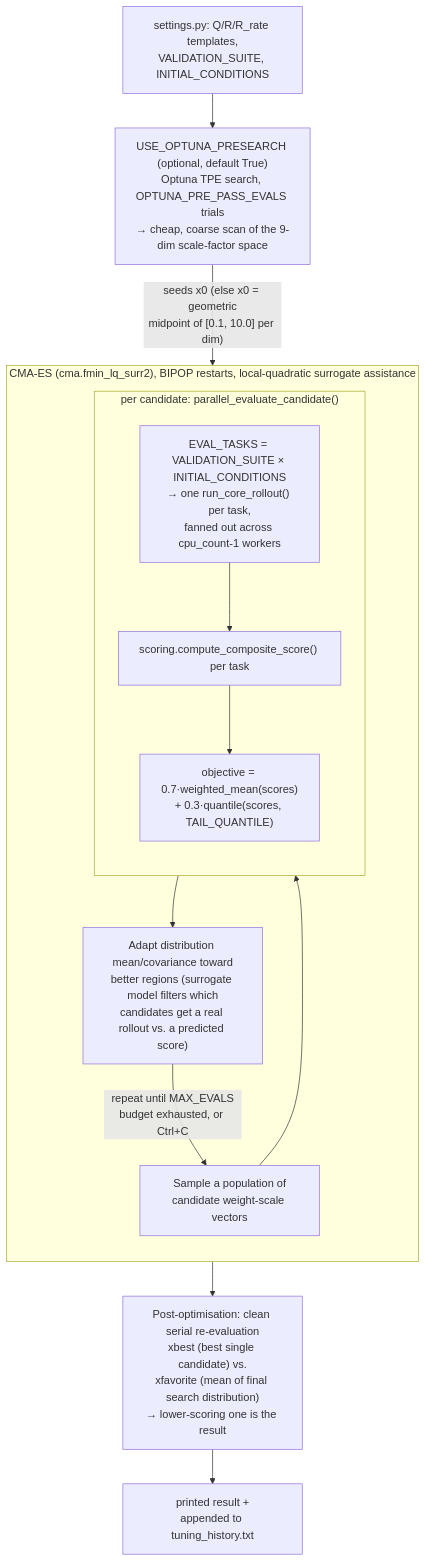
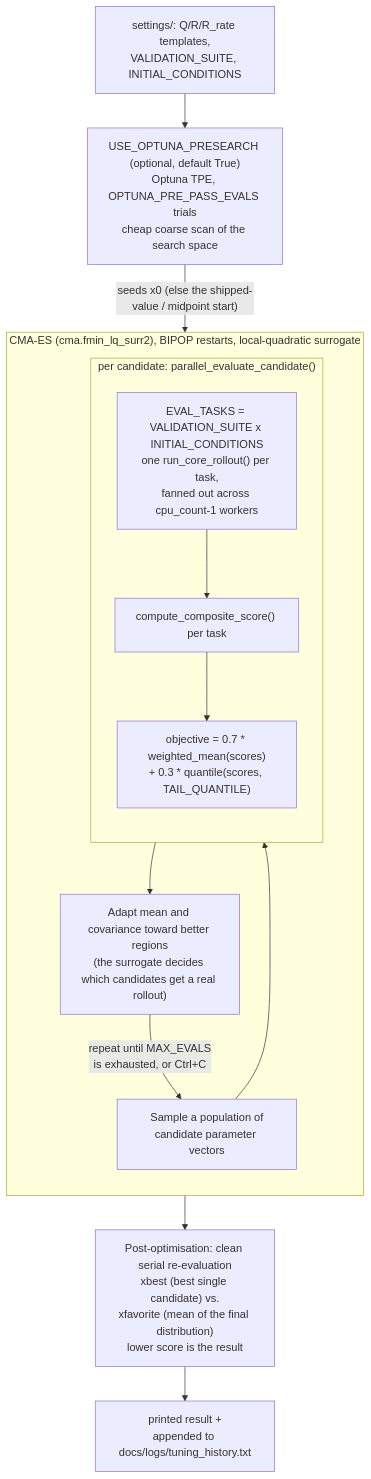
The third of 3 diagrams in docs/reference/architecture.md (Martin-Jin/fsae_MPCTest), drawn with Mermaid before and after one commit. The commit also changed other lines of this file and 30 other files, not shown here.

````diff
--- a/docs/reference/architecture.md
+++ b/docs/reference/architecture.md
@@ -232,26 +178,26 @@
 ```mermaid
 flowchart TD
-    SETTINGS["settings.py: Q/R/R_rate templates,<br/>VALIDATION_SUITE, INITIAL_CONDITIONS"]
-    OPTUNA["USE_OPTUNA_PRESEARCH (optional, default True)<br/>Optuna TPE search, OPTUNA_PRE_PASS_EVALS trials<br/>&rarr; cheap, coarse scan of the 9-dim scale-factor space"]
+    SETTINGS["settings/: Q/R/R_rate templates,<br/>VALIDATION_SUITE, INITIAL_CONDITIONS"]
+    OPTUNA["USE_OPTUNA_PRESEARCH (optional, default True)<br/>Optuna TPE, OPTUNA_PRE_PASS_EVALS trials<br/>cheap coarse scan of the search space"]
     SETTINGS --> OPTUNA
 
-    subgraph CMAES["CMA-ES (cma.fmin_lq_surr2), BIPOP restarts, local-quadratic surrogate assistance"]
+    subgraph CMAES["CMA-ES (cma.fmin_lq_surr2), BIPOP restarts, local-quadratic surrogate"]
         direction TD
-        SAMPLE["Sample a population of<br/>candidate weight-scale vectors"]
+        SAMPLE["Sample a population of<br/>candidate parameter vectors"]
         subgraph EVAL["per candidate: parallel_evaluate_candidate()"]
             direction TD
-            TASKS["EVAL_TASKS = VALIDATION_SUITE &times; INITIAL_CONDITIONS<br/>&rarr; one run_core_rollout() per task,<br/>fanned out across cpu_count-1 workers"]
-            SCORE["scoring.compute_composite_score() per task"]
-            OBJ["objective = 0.7&middot;weighted_mean(scores)<br/>+ 0.3&middot;quantile(scores, TAIL_QUANTILE)"]
+            TASKS["EVAL_TASKS = VALIDATION_SUITE x INITIAL_CONDITIONS<br/>one run_core_rollout() per task,<br/>fanned out across cpu_count-1 workers"]
+            SCORE["compute_composite_score() per task"]
+            OBJ["objective = 0.7 * weighted_mean(scores)<br/>+ 0.3 * quantile(scores, TAIL_QUANTILE)"]
             TASKS --> SCORE --> OBJ
         end
-        ADAPT["Adapt distribution mean/covariance toward<br/>better regions (surrogate model filters which<br/>candidates get a real rollout vs. a predicted score)"]
+        ADAPT["Adapt mean and covariance toward better regions<br/>(the surrogate decides which candidates get a real rollout)"]
         SAMPLE --> EVAL --> ADAPT
-        ADAPT -->|"repeat until MAX_EVALS<br/>budget exhausted, or Ctrl+C"| SAMPLE
+        ADAPT -->|"repeat until MAX_EVALS<br/>is exhausted, or Ctrl+C"| SAMPLE
     end
-    OPTUNA -->|"seeds x0 (else x0 = geometric<br/>midpoint of [0.1, 10.0] per dim)"| CMAES
+    OPTUNA -->|"seeds x0 (else the shipped-value / midpoint start)"| CMAES
 
-    POST["Post-optimisation: clean serial re-evaluation<br/>xbest (best single candidate) vs.<br/>xfavorite (mean of final search distribution)<br/>&rarr; lower-scoring one is the result"]
+    POST["Post-optimisation: clean serial re-evaluation<br/>xbest (best single candidate) vs.<br/>xfavorite (mean of the final distribution)<br/>lower score is the result"]
     CMAES --> POST
-    POST --> RESULT["printed result +<br/>appended to tuning_history.txt"]
+    POST --> RESULT["printed result +<br/>appended to docs/logs/tuning_history.txt"]
 ```
````
